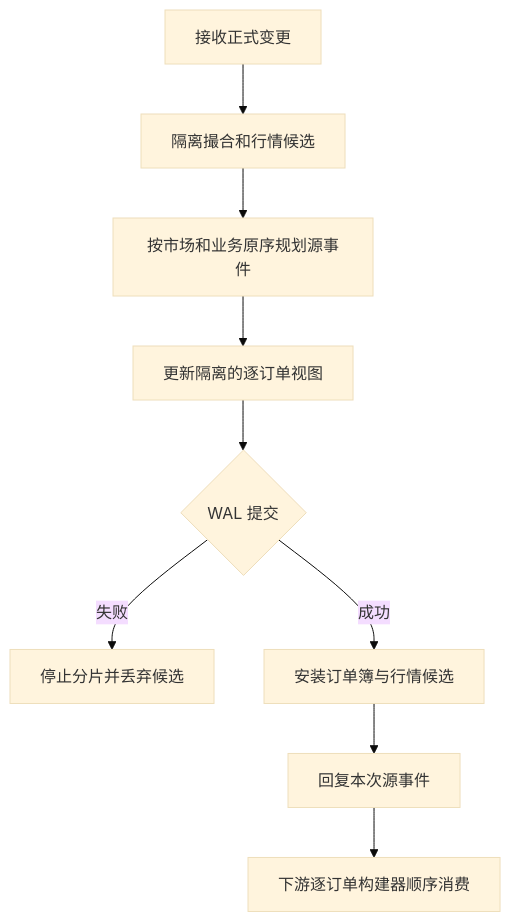
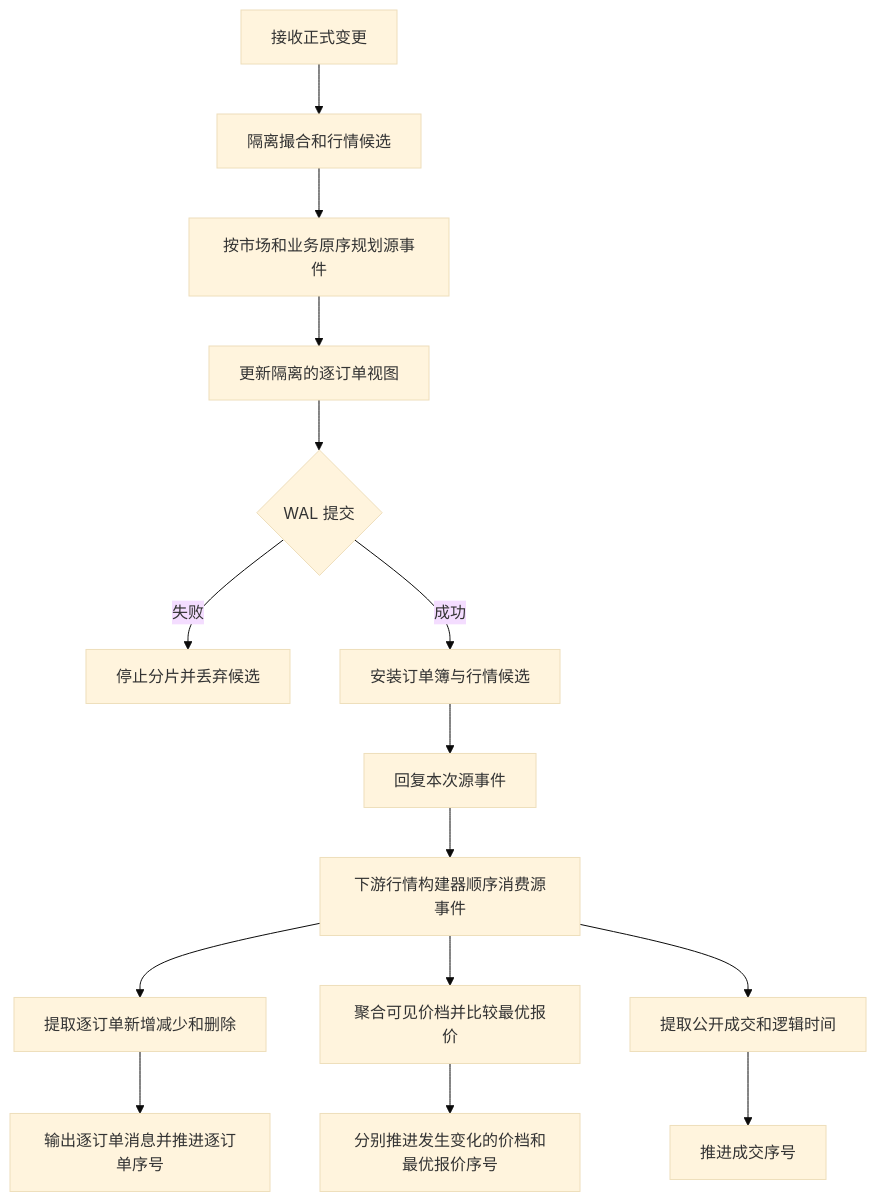
The diagram in docs/market_data.md (YANSHAO0032/tide-matching-engine), drawn with Mermaid (base theme) before and after one commit. The commit also changed other lines of this file and 8 other files, not shown here.

````diff
--- a/docs/market_data.md
+++ b/docs/market_data.md
@@ -5,11 +5,17 @@
 ```mermaid
 flowchart TD
     A[接收正式变更] --> B[隔离撮合和行情候选]
     B --> C[按市场和业务原序规划源事件]
     C --> I[更新隔离的逐订单视图]
     I --> D{WAL 提交}
     D -- 失败 --> E[停止分片并丢弃候选]
     D -- 成功 --> F[安装订单簿与行情候选]
     F --> G[回复本次源事件]
-    G --> H[下游逐订单构建器顺序消费]
+    G --> H[下游行情构建器顺序消费源事件]
+    H --> N[提取逐订单新增减少和删除]
+    N --> O[输出逐订单消息并推进逐订单序号]
+    H --> J[聚合可见价档并比较最优报价]
+    H --> K[提取公开成交和逻辑时间]
+    J --> L[分别推进发生变化的价档和最优报价序号]
+    K --> M[推进成交序号]
 ```
````
